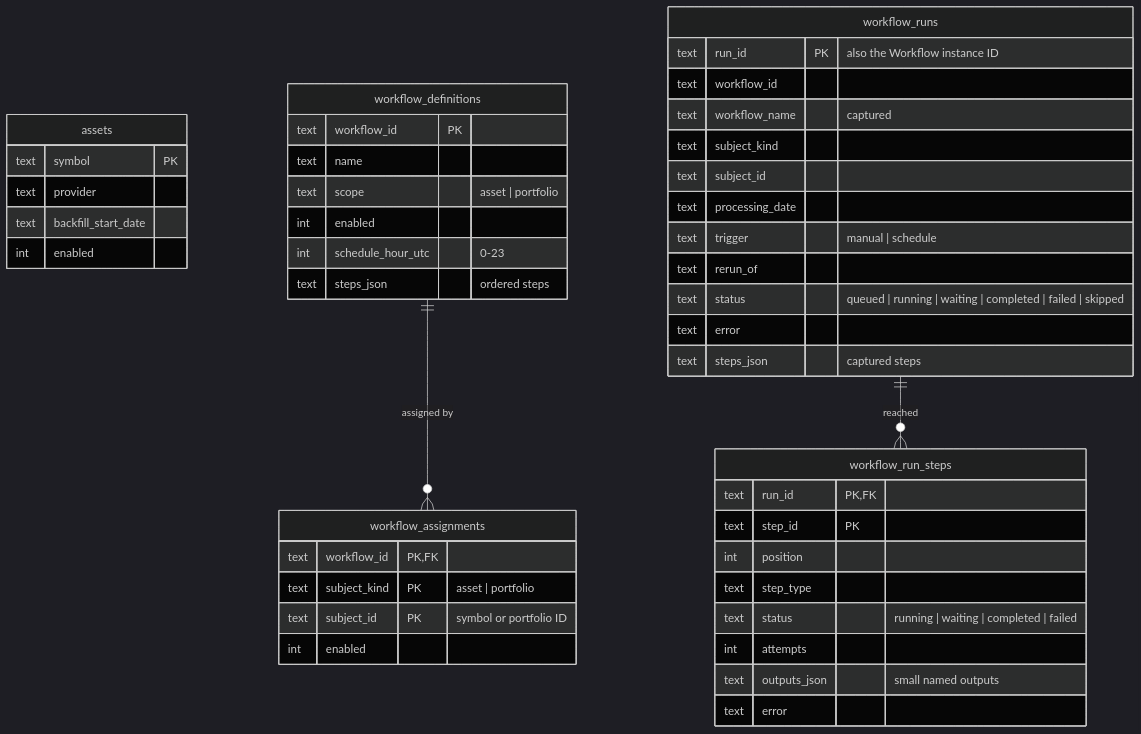
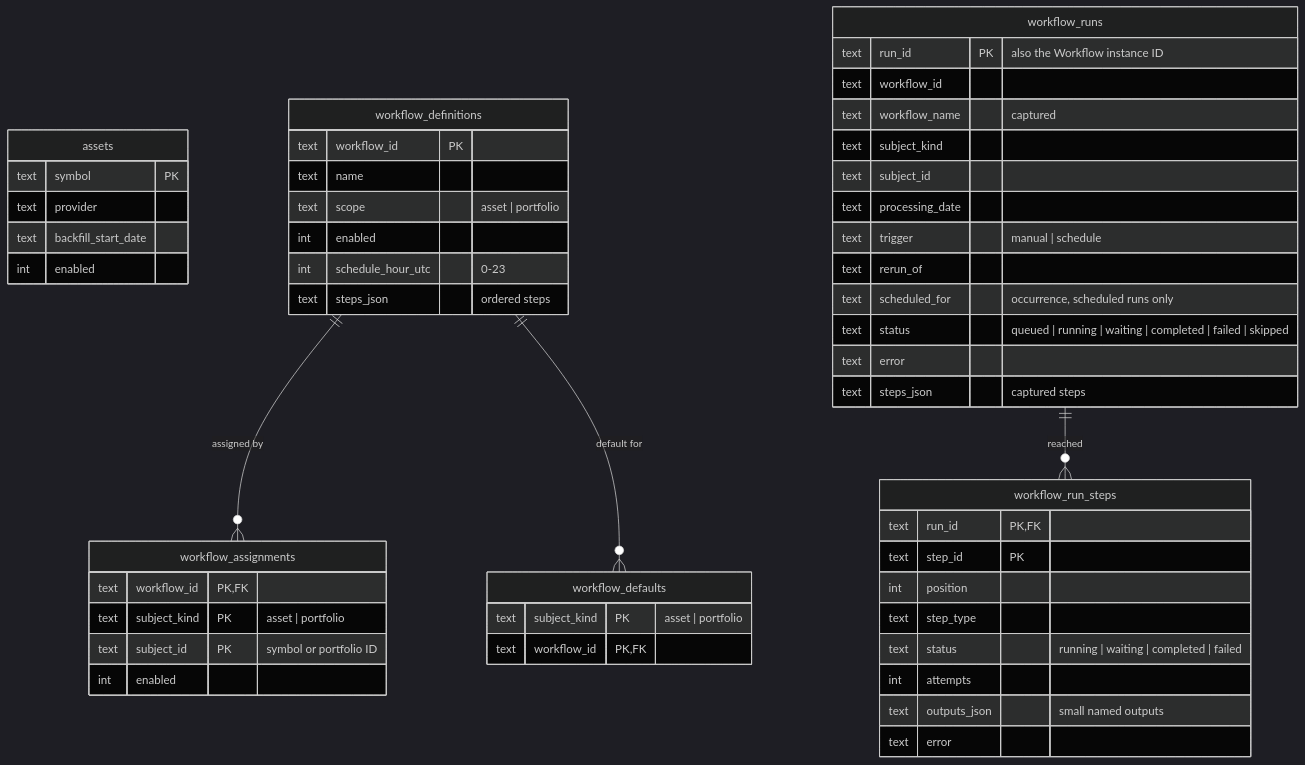
The third of 3 diagrams in docs/src/content/docs/reference/data-model.md (maxime-filippini/data-service), drawn with Mermaid (dark theme) before and after one commit. The commit also changed other lines of this file and 6 other files, not shown here.

Commit message:
docs: describe workflow defaults, scheduled dispatch and the WORKFLOW_DISPATCH switch

````diff
--- a/docs/src/content/docs/reference/data-model.md
+++ b/docs/src/content/docs/reference/data-model.md
@@ -124,48 +124,54 @@
 ```mermaid
 erDiagram
   assets {
     text symbol PK
     text provider
     text backfill_start_date
     int enabled
   }
   workflow_definitions {
     text workflow_id PK
     text name
     text scope "asset | portfolio"
     int enabled
     int schedule_hour_utc "0-23"
     text steps_json "ordered steps"
   }
   workflow_assignments {
     text workflow_id PK, FK
     text subject_kind PK "asset | portfolio"
     text subject_id PK "symbol or portfolio ID"
     int enabled
   }
+  workflow_defaults {
+    text subject_kind PK "asset | portfolio"
+    text workflow_id PK, FK
+  }
   workflow_runs {
     text run_id PK "also the Workflow instance ID"
     text workflow_id
     text workflow_name "captured"
     text subject_kind
     text subject_id
     text processing_date
     text trigger "manual | schedule"
     text rerun_of
+    text scheduled_for "occurrence, scheduled runs only"
     text status "queued | running | waiting | completed | failed | skipped"
     text error
     text steps_json "captured steps"
   }
   workflow_run_steps {
     text run_id PK, FK
     text step_id PK
     int position
     text step_type
     text status "running | waiting | completed | failed"
     int attempts
     text outputs_json "small named outputs"
     text error
   }
   workflow_definitions ||--o{ workflow_assignments : "assigned by"
+  workflow_definitions ||--o{ workflow_defaults : "default for"
   workflow_runs ||--o{ workflow_run_steps : "reached"
 ```
````
